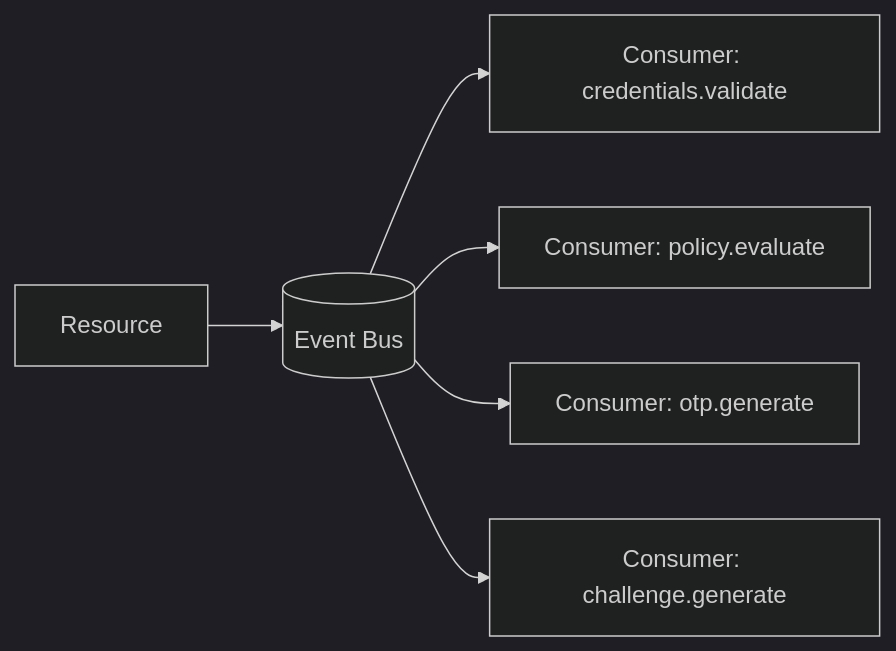
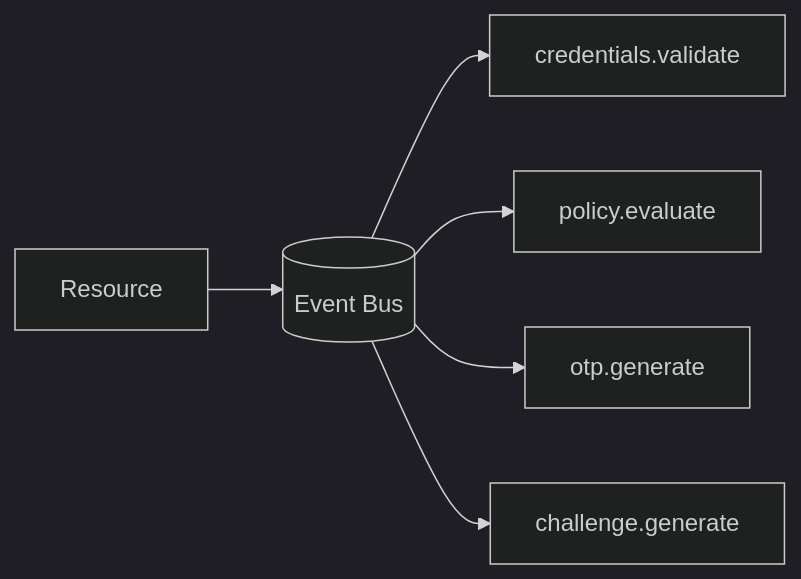
The third of 11 diagrams in docs/backend-java-quarkus/06-event-driven-mfa/event-bus-mfa.md (teamdroid-trainer/docs-docusaurus-trainer), drawn with Mermaid (dark theme) before and after one commit. The commit also changed other lines of this file and 35 other files, not shown here.

````diff
--- a/docs/backend-java-quarkus/06-event-driven-mfa/event-bus-mfa.md
+++ b/docs/backend-java-quarkus/06-event-driven-mfa/event-bus-mfa.md
@@ -87,8 +57,8 @@
 ```mermaid
 flowchart LR
     A[Resource] --> EB[(Event Bus)]
-    EB --> B[Consumer: credentials.validate]
-    EB --> C[Consumer: policy.evaluate]
-    EB --> D[Consumer: otp.generate]
-    EB --> E[Consumer: challenge.generate]
+    EB --> B[credentials.validate]
+    EB --> C[policy.evaluate]
+    EB --> D[otp.generate]
+    EB --> E[challenge.generate]
 ```
````
